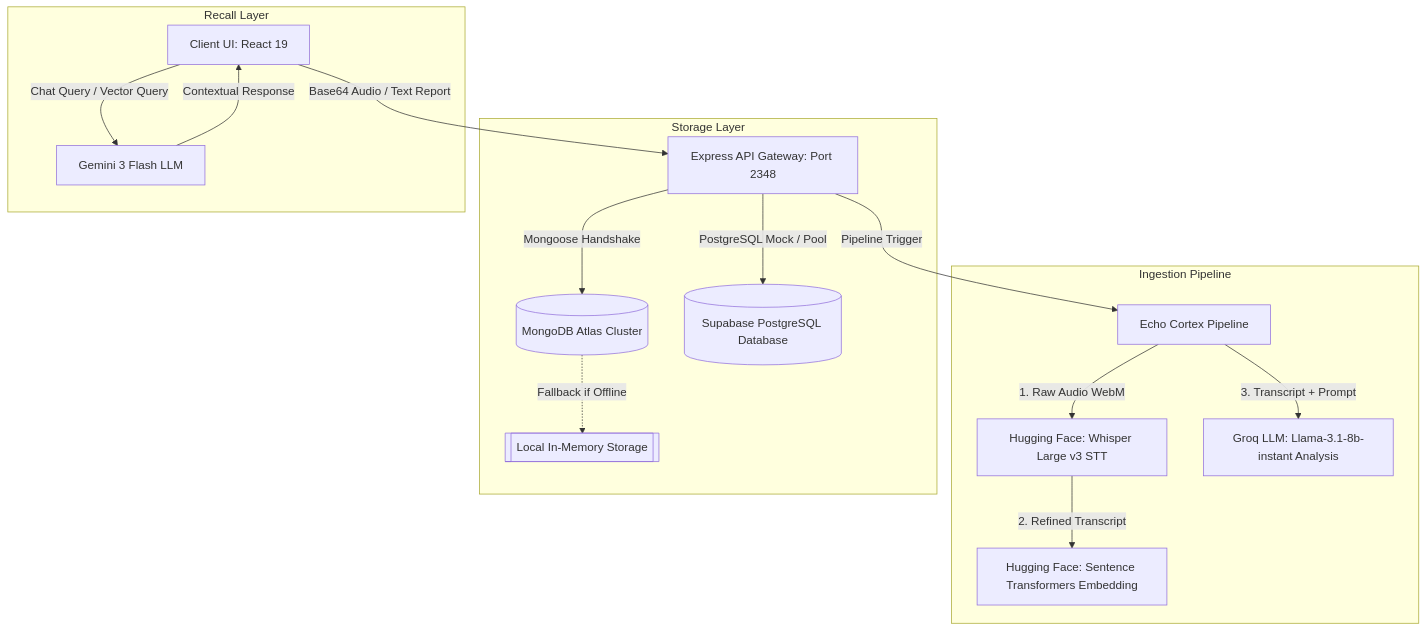
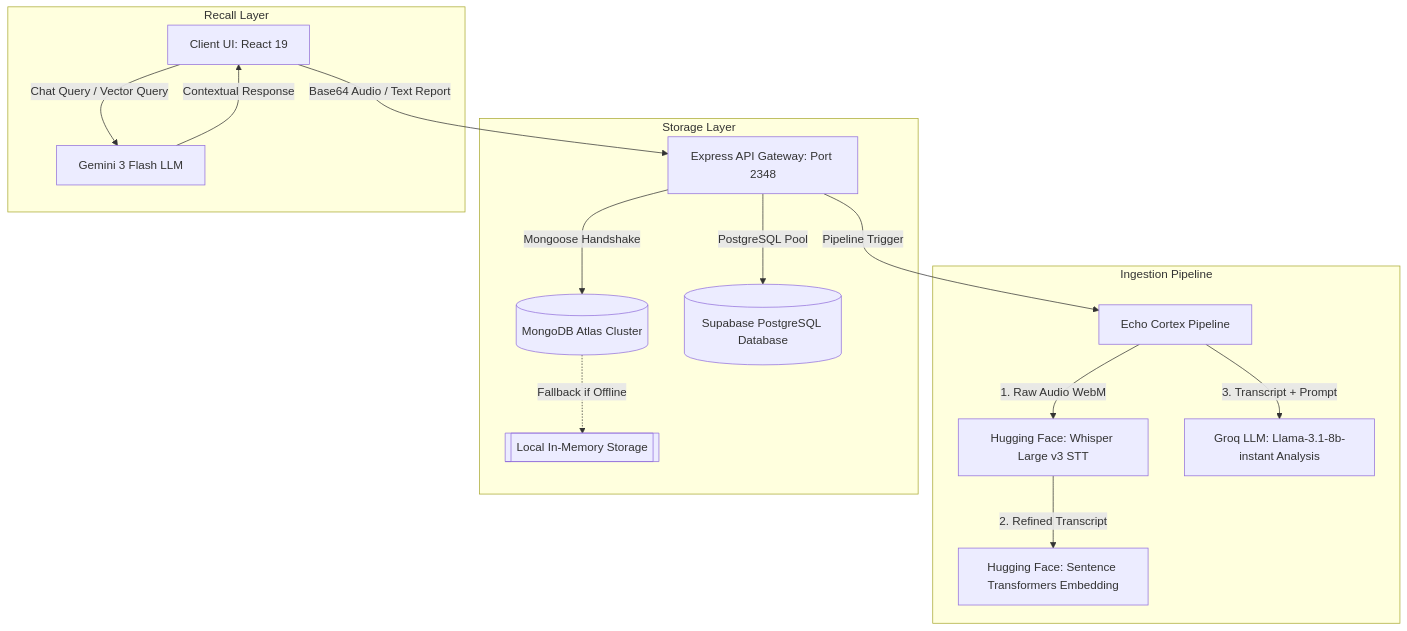
Before and after one commit to TheOrionGD/EchoCortex-Intelligence: the first of 3 diagrams in README.md, drawn with Mermaid. The commit also changed other lines of this file and 7 other files, not shown here.

````diff
--- a/README.md
+++ b/README.md
@@ -85,22 +181,22 @@
 ```mermaid
 graph TD
     A[Client UI: React 19] -->|Base64 Audio / Text Report| B[Express API Gateway: Port 2348]
     B -->|Pipeline Trigger| C[Echo Cortex Pipeline]
     
     subgraph Ingestion Pipeline
         C -->|1. Raw Audio WebM| D[Hugging Face: Whisper Large v3 STT]
         D -->|2. Refined Transcript| E[Hugging Face: Sentence Transformers Embedding]
         C -->|3. Transcript + Prompt| F[Groq LLM: Llama-3.1-8b-instant Analysis]
     end
     
     subgraph Storage Layer
         B -->|Mongoose Handshake| G[(MongoDB Atlas Cluster)]
-        B -->|PostgreSQL Mock / Pool| H[(Supabase PostgreSQL Database)]
+        B -->|PostgreSQL Pool| H[(Supabase PostgreSQL Database)]
         G -.->|Fallback if Offline| I[[Local In-Memory Storage]]
     end
     
     subgraph Recall Layer
         A -->|Chat Query / Vector Query| J[Gemini 3 Flash LLM]
         J -->|Contextual Response| A
     end
 ```
````
